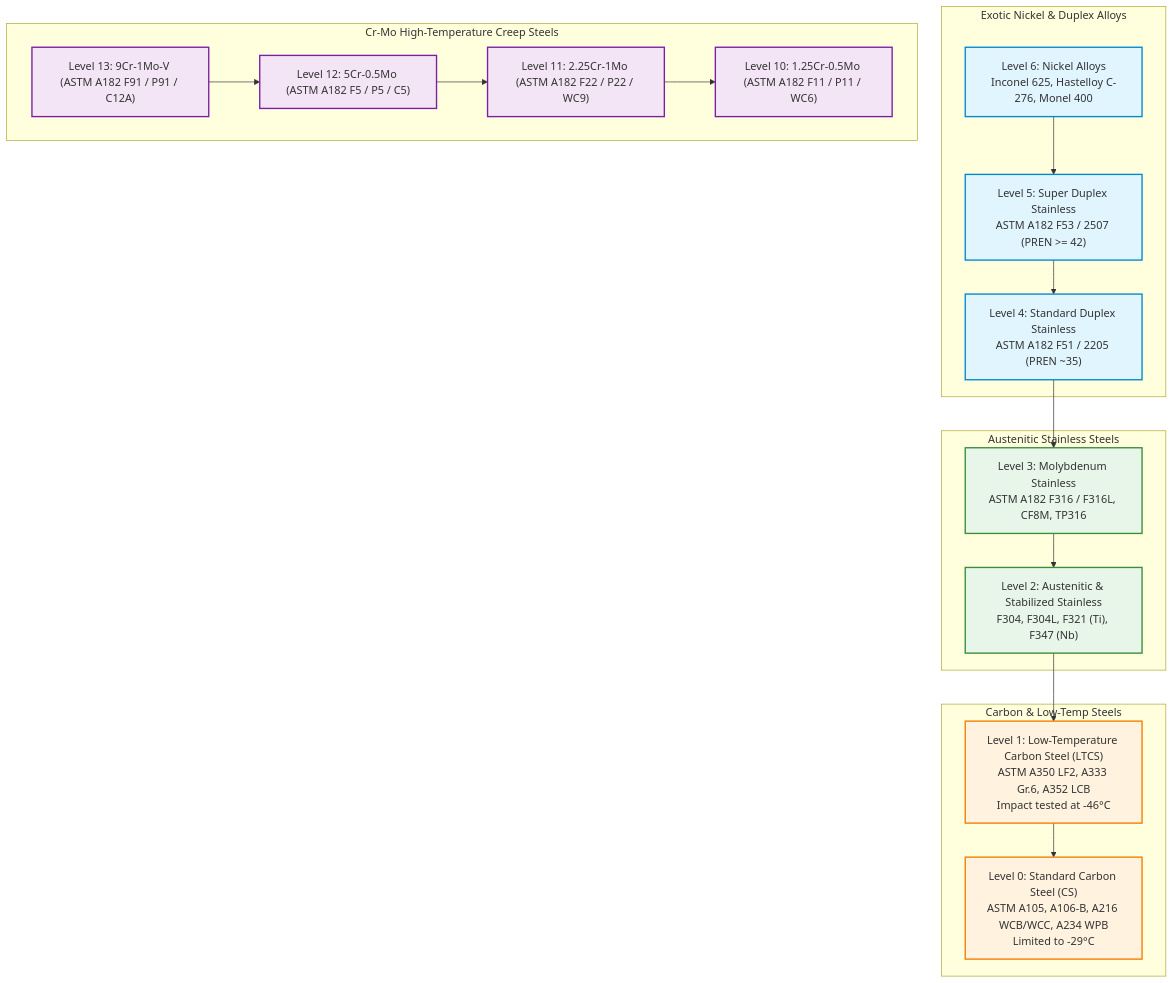
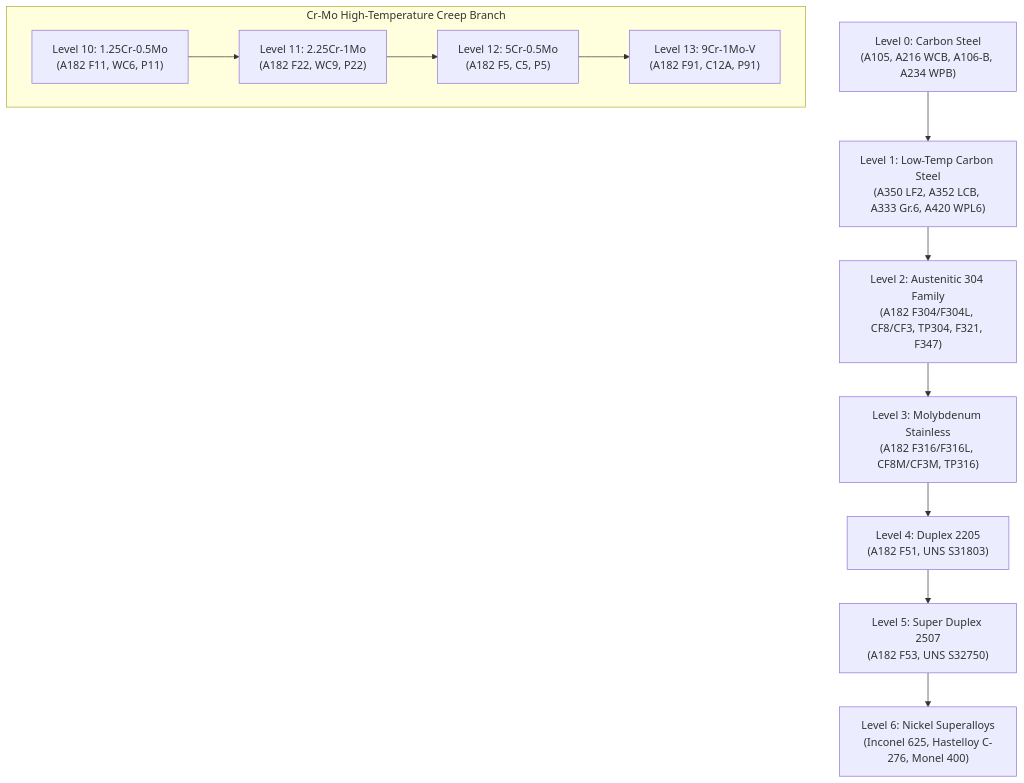
The diagram in rules/astm/README.md (Gesicht436/Samanvay-AI), drawn with Mermaid before and after one commit. The commit also changed other lines of this file and 6 other files, not shown here.

````diff
--- a/rules/astm/README.md
+++ b/rules/astm/README.md
@@ -30,38 +9,15 @@
 ```mermaid
 graph TD
-    subgraph Exotic_and_Duplex["Exotic Nickel & Duplex Alloys"]
-        L6["Level 6: Nickel Alloys<br/>Inconel 625, Hastelloy C-276, Monel 400"]
-        L5["Level 5: Super Duplex Stainless<br/>ASTM A182 F53 / 2507 (PREN >= 42)"]
-        L4["Level 4: Standard Duplex Stainless<br/>ASTM A182 F51 / 2205 (PREN ~35)"]
+    CS["Level 0: Carbon Steel<br>(A105, A216 WCB, A106-B, A234 WPB)"] --> LTCS["Level 1: Low-Temp Carbon Steel<br>(A350 LF2, A352 LCB, A333 Gr.6, A420 WPL6)"]
+    LTCS --> SS304["Level 2: Austenitic 304 Family<br>(A182 F304/F304L, CF8/CF3, TP304, F321, F347)"]
+    SS304 --> SS316["Level 3: Molybdenum Stainless<br>(A182 F316/F316L, CF8M/CF3M, TP316)"]
+    SS316 --> DUPLEX["Level 4: Duplex 2205<br>(A182 F51, UNS S31803)"]
+    DUPLEX --> SDUPLEX["Level 5: Super Duplex 2507<br>(A182 F53, UNS S32750)"]
+    SDUPLEX --> NICKEL["Level 6: Nickel Superalloys<br>(Inconel 625, Hastelloy C-276, Monel 400)"]
+
+    subgraph Creep_Branch ["Cr-Mo High-Temperature Creep Branch"]
+        F11["Level 10: 1.25Cr-0.5Mo<br>(A182 F11, WC6, P11)"] --> F22["Level 11: 2.25Cr-1Mo<br>(A182 F22, WC9, P22)"]
+        F22 --> F5["Level 12: 5Cr-0.5Mo<br>(A182 F5, C5, P5)"]
+        F5 --> F91["Level 13: 9Cr-1Mo-V<br>(A182 F91, C12A, P91)"]
     end
-
-    subgraph Austenitic_Stainless["Austenitic Stainless Steels"]
-        L3["Level 3: Molybdenum Stainless<br/>ASTM A182 F316 / F316L, CF8M, TP316"]
-        L2["Level 2: Austenitic & Stabilized Stainless<br/>F304, F304L, F321 (Ti), F347 (Nb)"]
-    end
-
-    subgraph Carbon_Steels["Carbon & Low-Temp Steels"]
-        L1["Level 1: Low-Temperature Carbon Steel (LTCS)<br/>ASTM A350 LF2, A333 Gr.6, A352 LCB<br/>Impact tested at -46°C"]
-        L0["Level 0: Standard Carbon Steel (CS)<br/>ASTM A105, A106-B, A216 WCB/WCC, A234 WPB<br/>Limited to -29°C"]
-    end
-
-    subgraph Creep_Steels["Cr-Mo High-Temperature Creep Steels"]
-        C13["Level 13: 9Cr-1Mo-V (ASTM A182 F91 / P91 / C12A)"]
-        C12["Level 12: 5Cr-0.5Mo (ASTM A182 F5 / P5 / C5)"]
-        C11["Level 11: 2.25Cr-1Mo (ASTM A182 F22 / P22 / WC9)"]
-        C10["Level 10: 1.25Cr-0.5Mo (ASTM A182 F11 / P11 / WC6)"]
-    end
-
-    L6 --> L5 --> L4 --> L3 --> L2 --> L1 --> L0
-    C13 --> C12 --> C11 --> C10
-
-    classDef exotic fill:#e1f5fe,stroke:#0288d1,stroke-width:2px;
-    classDef ss fill:#e8f5e9,stroke:#388e3c,stroke-width:2px;
-    classDef cs fill:#fff3e0,stroke:#f57c00,stroke-width:2px;
-    classDef cr fill:#f3e5f5,stroke:#7b1fa2,stroke-width:2px;
-
-    class L6,L5,L4 exotic;
-    class L3,L2 ss;
-    class L1,L0 cs;
-    class C13,C12,C11,C10 cr;
 ```
````
